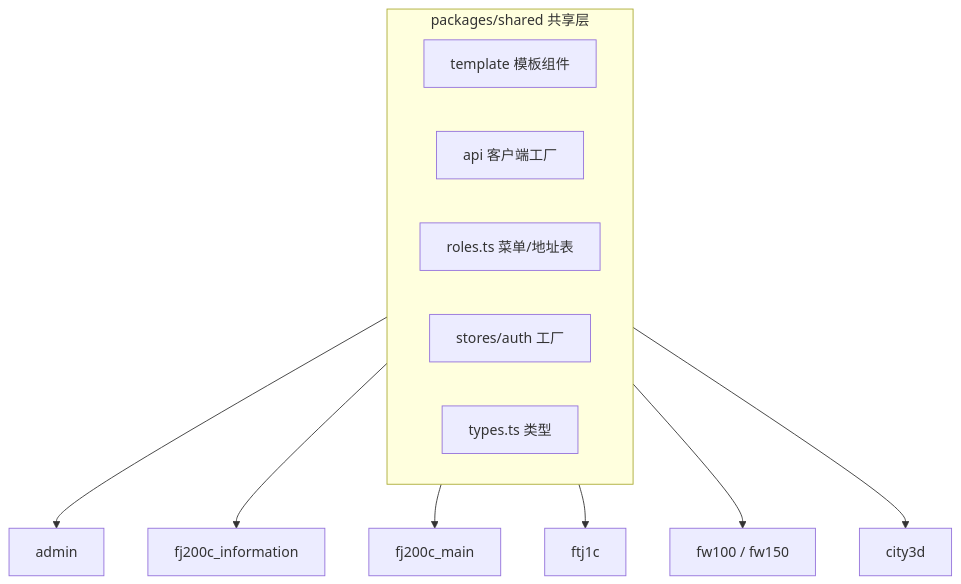
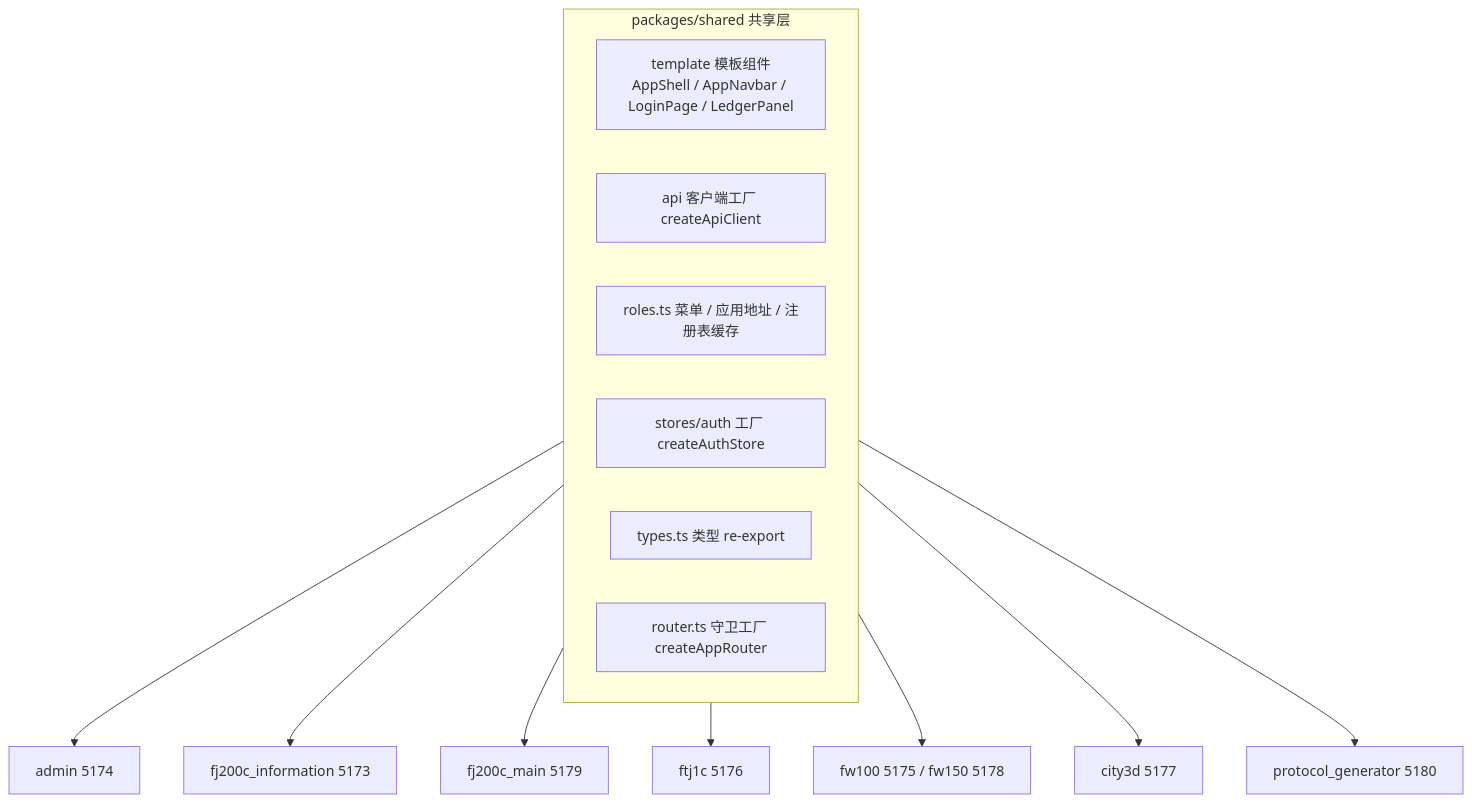
One commit to 3123958139/RustWeb-Vue changed the first of 2 diagrams in docs/tutorial/05-前端逐应用精读.md. Above: the diagram before and after it, drawn with Mermaid. The commit also changed other lines of this file and 8 other files, not shown here.

````diff
--- a/docs/tutorial/05-前端逐应用精读.md
+++ b/docs/tutorial/05-前端逐应用精读.md
@@ -5,16 +5,18 @@
 ```mermaid
 flowchart TD
     subgraph SHARED[packages/shared 共享层]
-        T[template 模板组件]
-        A[api 客户端工厂]
-        R[roles.ts 菜单/地址表]
-        S[stores/auth 工厂]
-        Y[types.ts 类型]
+        T[template 模板组件<br/>AppShell / AppNavbar / LoginPage / LedgerPanel]
+        A[api 客户端工厂 createApiClient]
+        R[roles.ts 菜单 / 应用地址 / 注册表缓存]
+        S[stores/auth 工厂 createAuthStore]
+        Y[types.ts 类型 re-export]
+        RT[router.ts 守卫工厂 createAppRouter]
     end
-    SHARED --> F1[admin]
-    SHARED --> F2[fj200c_information]
-    SHARED --> F3[fj200c_main]
-    SHARED --> F4[ftj1c]
-    SHARED --> F5[fw100 / fw150]
-    SHARED --> F6[city3d]
+    SHARED --> F1[admin 5174]
+    SHARED --> F2[fj200c_information 5173]
+    SHARED --> F3[fj200c_main 5179]
+    SHARED --> F4[ftj1c 5176]
+    SHARED --> F5[fw100 5175 / fw150 5178]
+    SHARED --> F6[city3d 5177]
+    SHARED --> F7[protocol_generator 5180]
 ```
````
